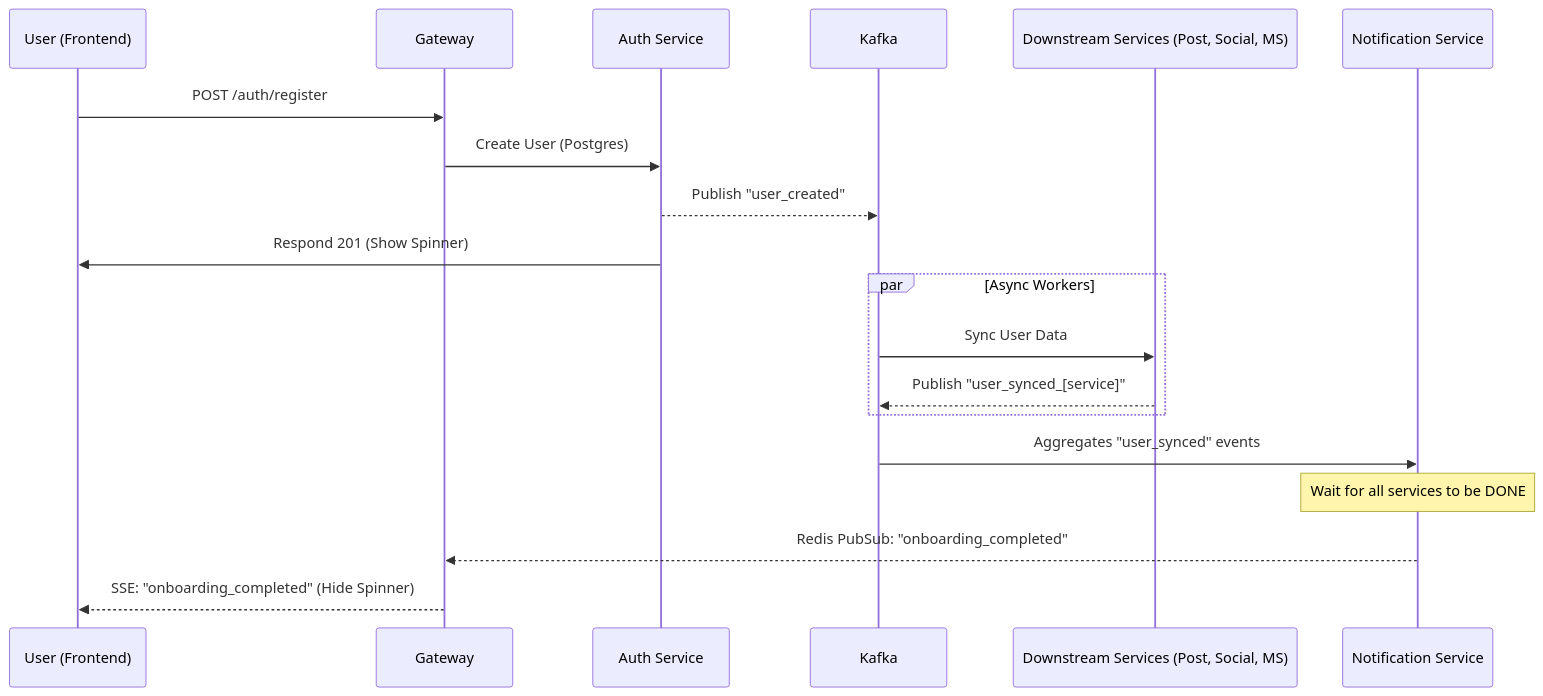
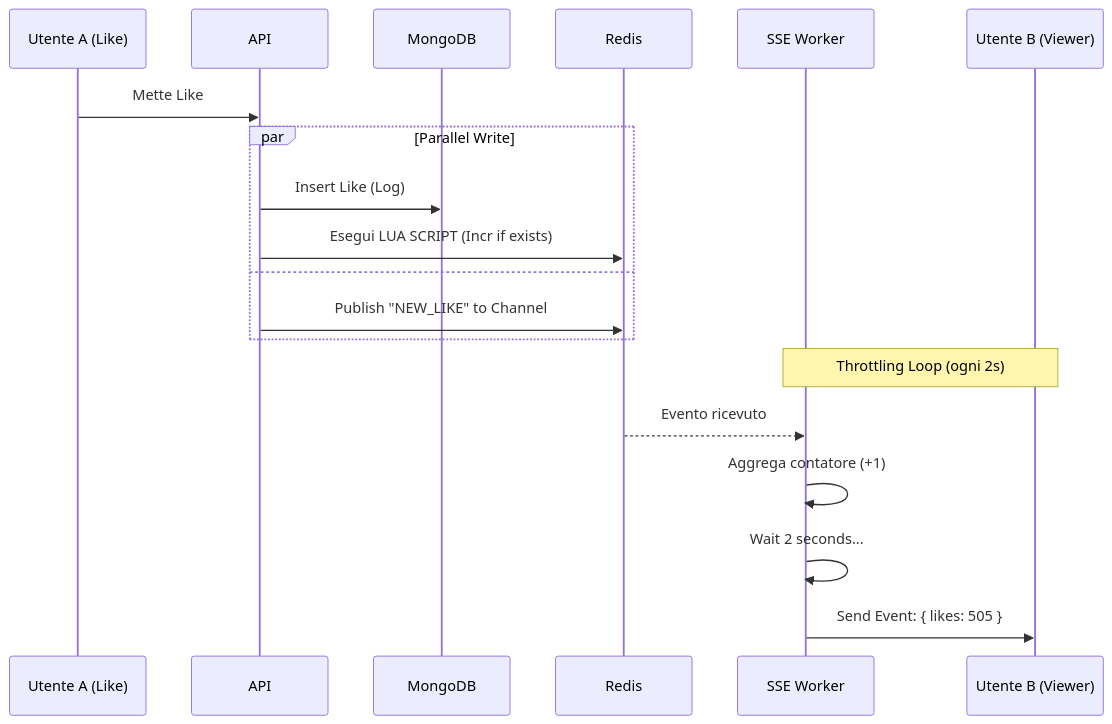
Before and after one commit to daubog44/progetto: the third of 3 diagrams in TODO.md, drawn with Mermaid. The commit also changed other lines of this file and 5 other files, not shown here.

````diff
--- a/TODO.md
+++ b/TODO.md
@@ -6,24 +107,23 @@
 ```mermaid
 sequenceDiagram
-    participant U as User (Frontend)
-    participant G as Gateway
-    participant A as Auth Service
-    participant K as Kafka
-    participant DS as Downstream Services (Post, Social, MS)
-    participant NS as Notification Service
+    participant U_Like as Utente A (Like)
+    participant API
+    participant DB as MongoDB
+    participant Redis
+    participant SSE as SSE Worker
+    participant U_View as Utente B (Viewer)
 
-    U->>G: POST /auth/register
-    G->>A: Create User (Postgres)
-    A-->>K: Publish "user_created"
-    A->>U: Respond 201 (Show Spinner)
+    U_Like->>API: Mette Like
+    par Parallel Write
+        API->>DB: Insert Like (Log)
+        API->>Redis: Esegui LUA SCRIPT (Incr if exists)
+    and
+        API->>Redis: Publish "NEW_LIKE" to Channel
+    end
     
-    par Async Workers
-        K->>DS: Sync User Data
-        DS-->>K: Publish "user_synced_[service]"
-    end
-
-    K->>NS: Aggregates "user_synced" events
-    Note over NS: Wait for all services to be DONE
-    NS-->>G: Redis PubSub: "onboarding_completed"
-    G-->>U: SSE: "onboarding_completed" (Hide Spinner)
+    Note over SSE, U_View: Throttling Loop (ogni 2s)
+    Redis-->>SSE: Evento ricevuto
+    SSE->>SSE: Aggrega contatore (+1)
+    SSE->>SSE: Wait 2 seconds...
+    SSE->>U_View: Send Event: { likes: 505 }
 ```
````
